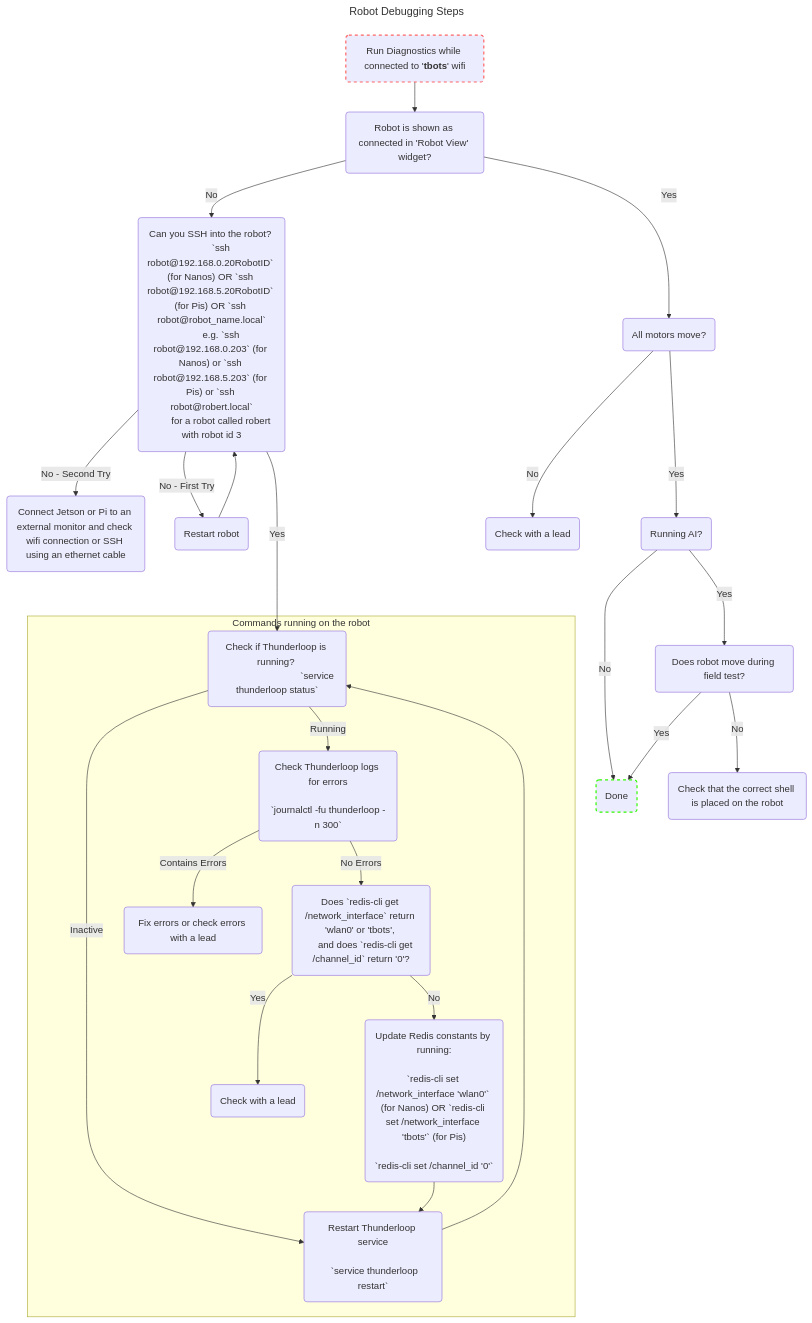
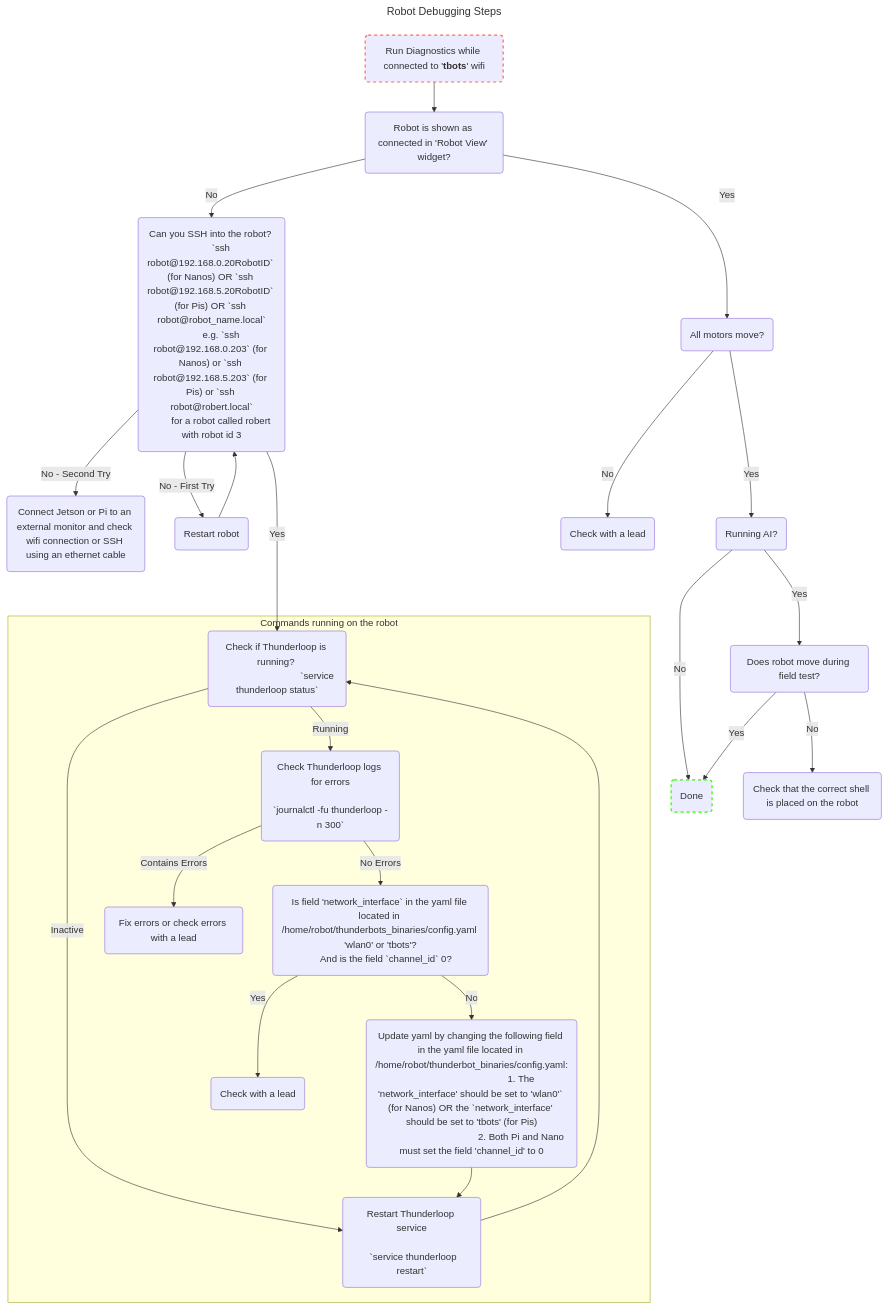
Before and after one commit to UBC-Thunderbots/Software: the diagram in docs/useful-robot-commands.md, drawn with Mermaid. The commit also changed other lines of this file and 14 other files, not shown here.

````diff
--- a/docs/useful-robot-commands.md
+++ b/docs/useful-robot-commands.md
@@ -27,48 +27,48 @@
 ```mermaid
 ---
 title: Robot Debugging Steps
 ---
 flowchart TD
     ssh("Can you SSH into the robot? 
         `ssh robot@192.168.0.20RobotID` (for Nanos) OR `ssh robot@192.168.5.20RobotID` (for Pis) OR `ssh robot@robot_name.local`
         e.g. `ssh robot@192.168.0.203` (for Nanos) or `ssh robot@192.168.5.203` (for Pis) or `ssh robot@robert.local`
         for a robot called robert with robot id 3")
     ssh ---> |Yes| tloop_status
     ssh --> |No - Second Try| monitor("Connect Jetson or Pi to an external monitor and check wifi connection or SSH using an ethernet cable")
     ssh --> |No - First Try| restart(Restart robot)
     restart --> ssh
 
     diagnostics("`Run Diagnostics while connected to '**tbots**' wifi`") --> robot_view
     robot_view(Robot is shown as connected in 'Robot View' widget?) --> |Yes| check_motors(All motors move?)
     style diagnostics stroke:#f66,stroke-width:2px,stroke-dasharray: 5 5
 
     check_motors -->|Yes| field_test(Running AI?)
     field_test -->|No| done(Done)
     style done stroke:#30fa02,stroke-width:2px,stroke-dasharray: 5 5
     field_test -->|Yes| field_test_moves(Does robot move during field test?)
     field_test_moves --> |No| check_shell("`Check that the correct shell is placed on the robot`")
     check_shell
     field_test_moves --> |Yes| done
 
     robot_view --> |No| ssh
     check_motors -->|No| rip
     rip(Check with a lead)
                   
     subgraph ssh_graph [Commands running on the robot]
     tloop_status(Check if Thunderloop is running? 
                                `service thunderloop status`)
     tloop_status --> |Inactive| tloop_restart(Restart Thunderloop service
                                               `service thunderloop restart`)
     tloop_status --> |Running| tloop_logs(Check Thunderloop logs for errors
                                           `journalctl -fu thunderloop -n 300`)
-    tloop_logs --> |No Errors| check_redis(Does `redis-cli get /network_interface` return 'wlan0' or 'tbots', 
-    and does `redis-cli get /channel_id` return '0'?)
+    tloop_logs --> |No Errors| check_yaml(Is field 'network_interface` in the yaml file located in /home/robot/thunderbots_binaries/config.yaml 'wlan0' or 'tbots'?
+    And is the field `channel_id` 0?)
     tloop_logs --> |Contains Errors| rip2("Fix errors or check errors with a lead")
-    check_redis --> |No| update_redis("Update Redis constants by running:
-                                      `redis-cli set /network_interface 'wlan0'` (for Nanos) OR `redis-cli set /network_interface 'tbots'` (for Pis)
-                                      `redis-cli set /channel_id '0'`")
-    check_redis --> |Yes| rip3(Check with a lead)
-    update_redis --> tloop_restart
+    check_yaml --> |No| update_yaml("Update yaml by changing the following field in the yaml file located in /home/robot/thunderbot_binaries/config.yaml:
+                                      1. The 'network_interface' should be set to 'wlan0'` (for Nanos) OR the `network_interface' should be set to 'tbots' (for Pis)
+                                      2. Both Pi and Nano must set the field 'channel_id' to 0")
+    check_yaml --> |Yes| rip3(Check with a lead)
+    update_yaml --> tloop_restart
     tloop_restart --> tloop_status
     end
 ```
````
